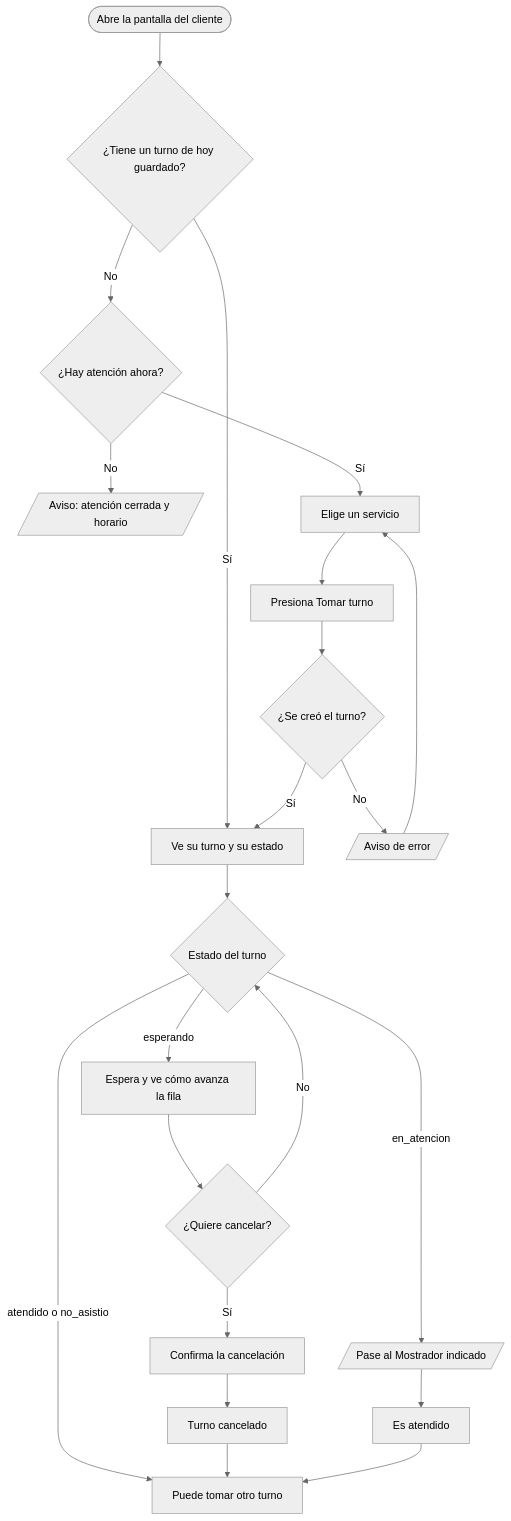
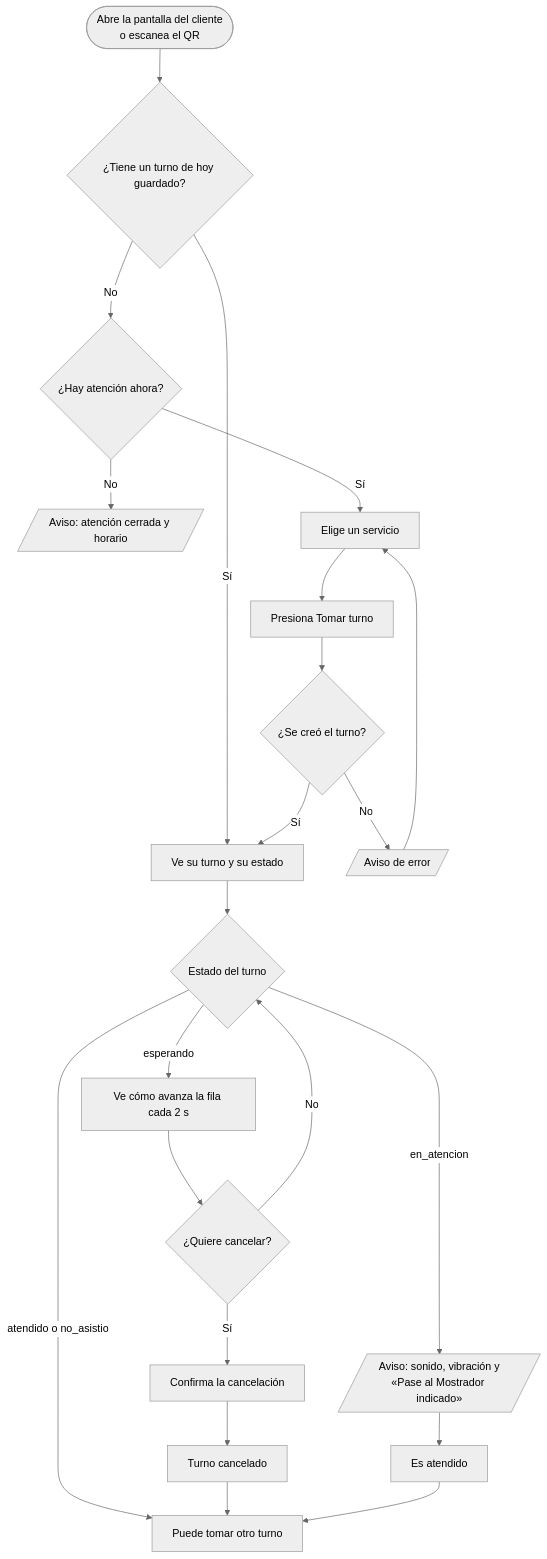
Before and after one commit to Dconduar/GestionDeTurnosProyecto: the first of 2 diagrams in docs/Ux.md, drawn with Mermaid (neutral theme). The commit also changed other lines of this file and 23 other files, not shown here.

````diff
--- a/docs/Ux.md
+++ b/docs/Ux.md
@@ -31,22 +33,22 @@
 ```mermaid
 flowchart TD
-    A([Abre la pantalla del cliente]) --> B{¿Tiene un turno de hoy guardado?}
+    A([Abre la pantalla del cliente<br/>o escanea el QR]) --> B{¿Tiene un turno de hoy guardado?}
     B -- Sí --> G[Ve su turno y su estado]
     B -- No --> C{¿Hay atención ahora?}
     C -- No --> C1[/Aviso: atención cerrada y horario/]
     C -- Sí --> D[Elige un servicio]
     D --> E[Presiona Tomar turno]
     E --> F{¿Se creó el turno?}
     F -- No --> F1[/Aviso de error/] --> D
     F -- Sí --> G
     G --> H{Estado del turno}
-    H -- esperando --> I[Espera y ve cómo avanza la fila]
+    H -- esperando --> I[Ve cómo avanza la fila cada 2 s]
     I --> J{¿Quiere cancelar?}
     J -- Sí --> K[Confirma la cancelación] --> L[Turno cancelado]
     J -- No --> H
-    H -- en_atencion --> N[/Pase al Mostrador indicado/]
+    H -- en_atencion --> N[/Aviso: sonido, vibración y<br/>«Pase al Mostrador indicado»/]
     N --> O[Es atendido]
     H -- atendido o no_asistio --> M[Puede tomar otro turno]
     L --> M
     O --> M
 ```
````
